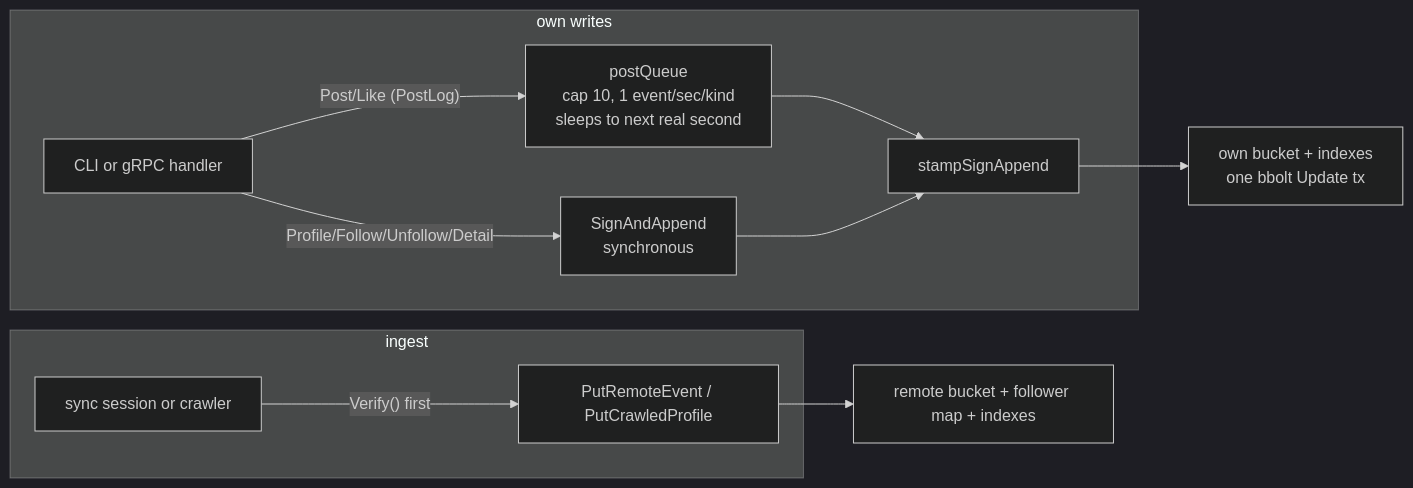
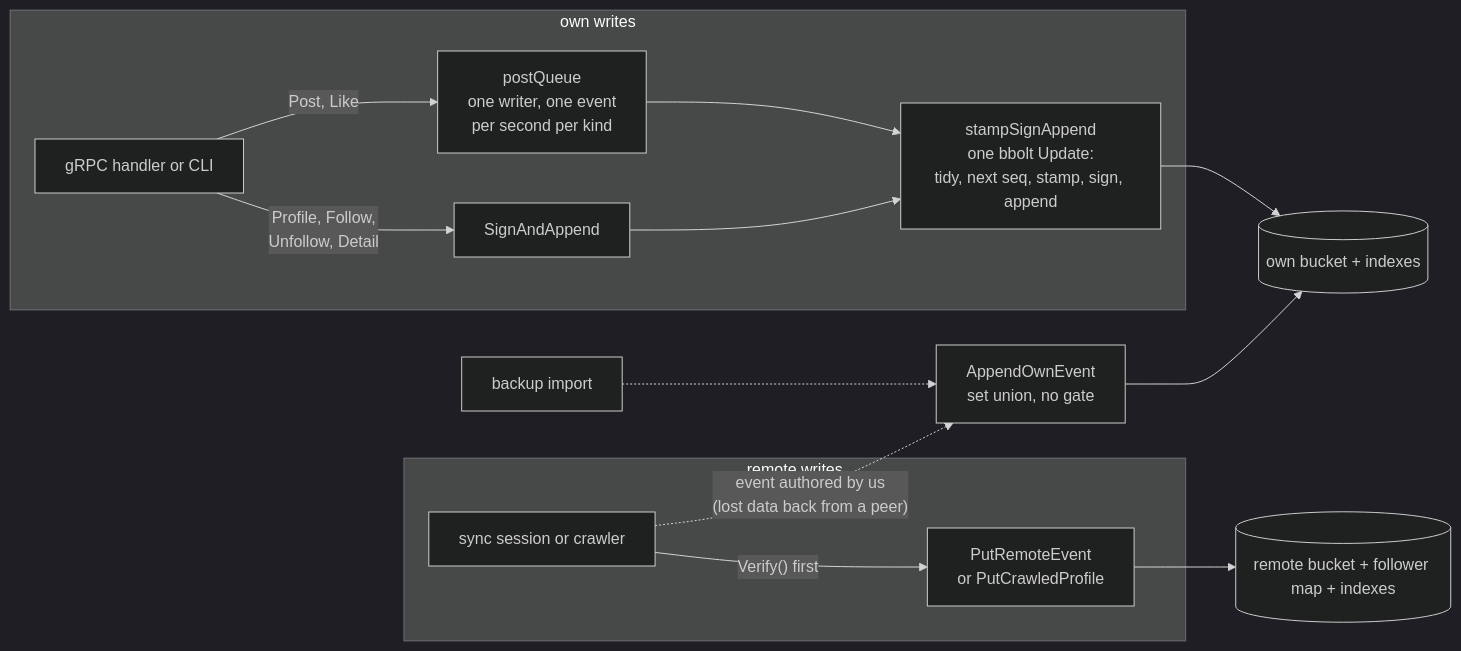
Before and after one commit to metalgate-xyz/driftnode: the second of 5 diagrams in docs/architecture.md, drawn with Mermaid (dark theme). The commit also changed other lines of this file, not shown here.

Commit message:
docs: update architecture document

````diff
--- a/docs/architecture.md
+++ b/docs/architecture.md
@@ -126,14 +172,16 @@
 ```mermaid
 flowchart LR
-  subgraph own writes
-    A[CLI or gRPC handler] -->|"Post/Like (PostLog)"| Q[postQueue<br/>cap 10, 1 event/sec/kind<br/>sleeps to next real second]
-    A -->|"Profile/Follow/Unfollow/Detail"| S[SignAndAppend<br/>synchronous]
-    Q --> T[stampSignAppend]
-    S --> T
+  subgraph own[own writes]
+    G["gRPC handler or CLI"] -->|"Post, Like"| Q
+    G -->|"Profile, Follow,<br/>Unfollow, Detail"| S
+    Q["postQueue<br/>one writer, one event<br/>per second per kind"] --> SSA
+    S["SignAndAppend"] --> SSA["stampSignAppend<br/>one bbolt Update:<br/>tidy, next seq, stamp, sign, append"]
   end
-  T --> O[own bucket + indexes<br/>one bbolt Update tx]
-  subgraph ingest
-    Y[sync session or crawler] -->|"Verify() first"| P[PutRemoteEvent / PutCrawledProfile]
+  subgraph remote[remote writes]
+    P[sync session or crawler] -->|"Verify() first"| PR["PutRemoteEvent<br/>or PutCrawledProfile"]
   end
-  P --> R[remote bucket + follower map + indexes]
+  SSA --> OWNB[("own bucket + indexes")]
+  PR --> REMB[("remote bucket + follower map + indexes")]
+  P -.->|"event authored by us<br/>(lost data back from a peer)"| AO["AppendOwnEvent<br/>set union, no gate"] --> OWNB
+  BI["backup import"] -.-> AO
 ```
````
